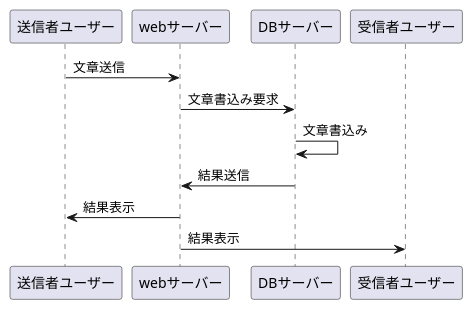
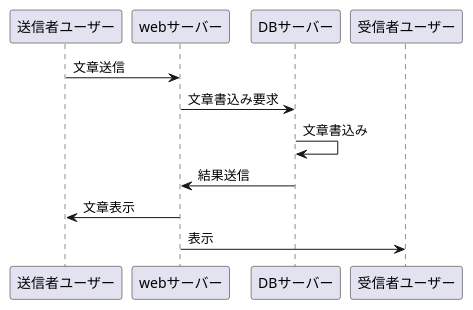
One commit to Aso2001137/2021sys-design changed the diagram in チャット.md. Above: the diagram before and after it, drawn with PlantUML.

````diff
--- a/チャット.md
+++ b/チャット.md
@@ -2,10 +2,10 @@
 ```uml
 @startuml
 送信者ユーザー -> webサーバー:文章送信
 webサーバー -> DBサーバー:文章書込み要求
 DBサーバー -> DBサーバー:文章書込み
 DBサーバー -> webサーバー:結果送信
-webサーバー -> 送信者ユーザー:結果表示
-webサーバー -> 受信者ユーザー:結果表示
+webサーバー -> 送信者ユーザー:文章表示
+webサーバー -> 受信者ユーザー:表示
 @enduml
 ```
````
